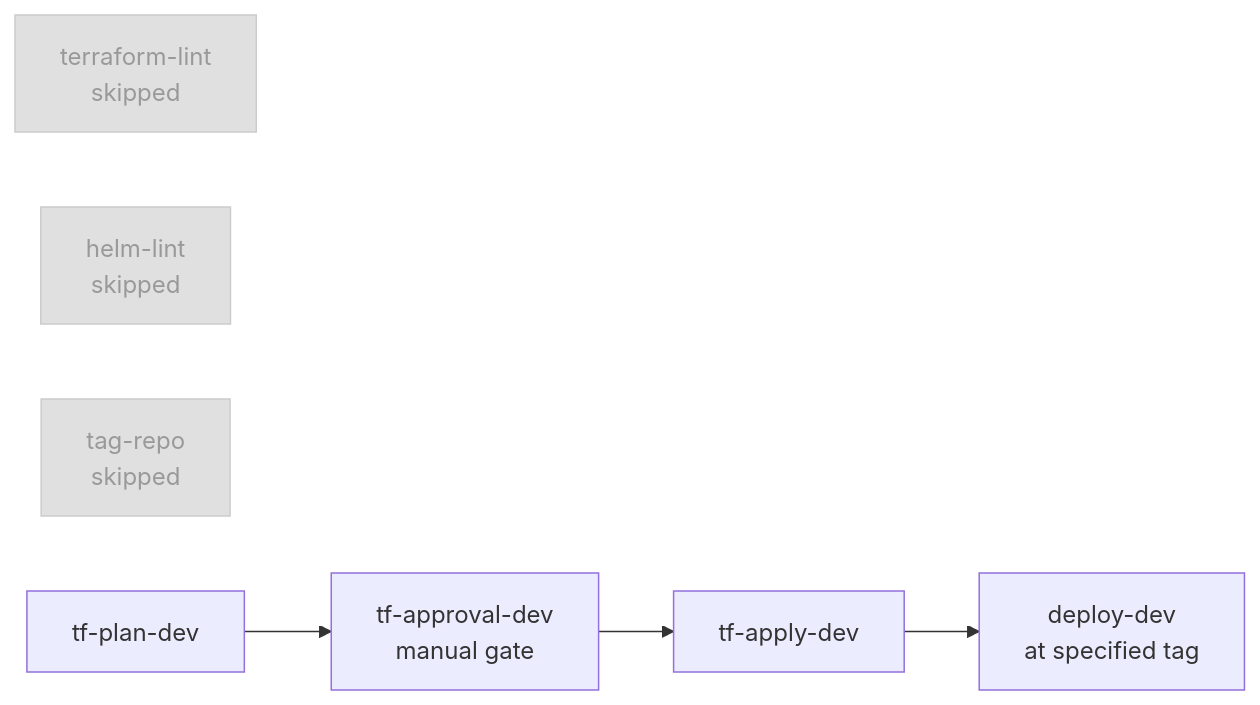
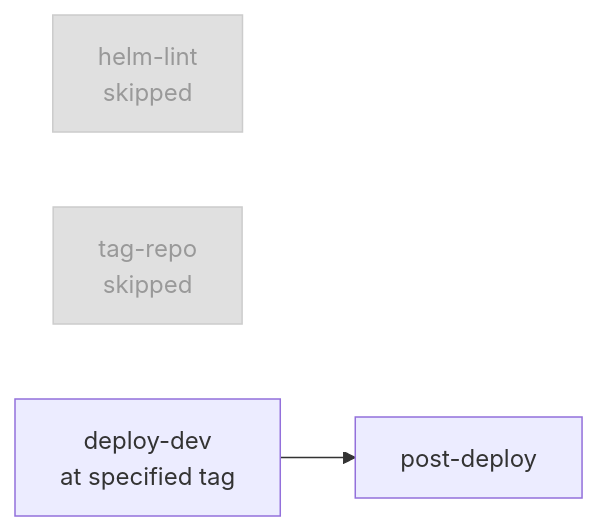
Before and after one commit to entur/otp2int-deployment-config: the third of 3 diagrams in README.md, drawn with Mermaid. The commit also changed other lines of this file and 7 other files, not shown here.

````diff
--- a/README.md
+++ b/README.md
@@ -107,15 +104,12 @@
 ```mermaid
 flowchart LR
-    SKIP1[terraform-lint\nskipped]:::skipped
-    SKIP2[helm-lint\nskipped]:::skipped
-    SKIP3[tag-repo\nskipped]:::skipped
-    TFP[tf-plan-dev]
-    TFA[tf-approval-dev\nmanual gate]
-    TFAP[tf-apply-dev]
+    SKIP1[helm-lint\nskipped]:::skipped
+    SKIP2[tag-repo\nskipped]:::skipped
     DEP[deploy-dev\nat specified tag]
+    POST[post-deploy]
 
-    SKIP1 & SKIP2 & SKIP3
-    TFP --> TFA --> TFAP --> DEP
+    SKIP1 & SKIP2
+    DEP --> POST
 
     classDef skipped fill:#e0e0e0,color:#999,stroke:#ccc
 ```
````
